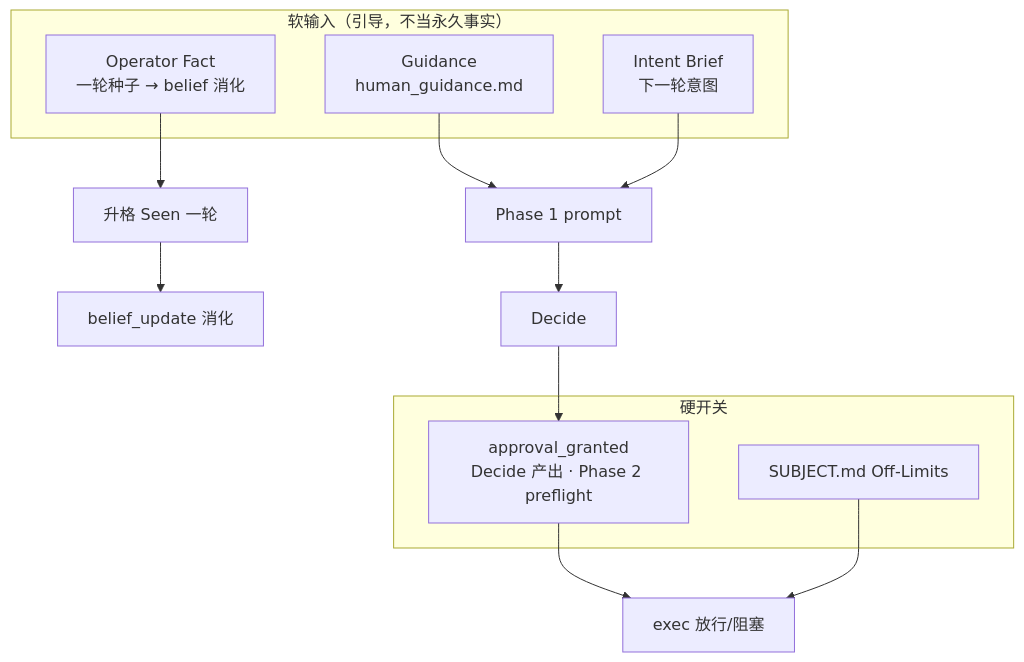
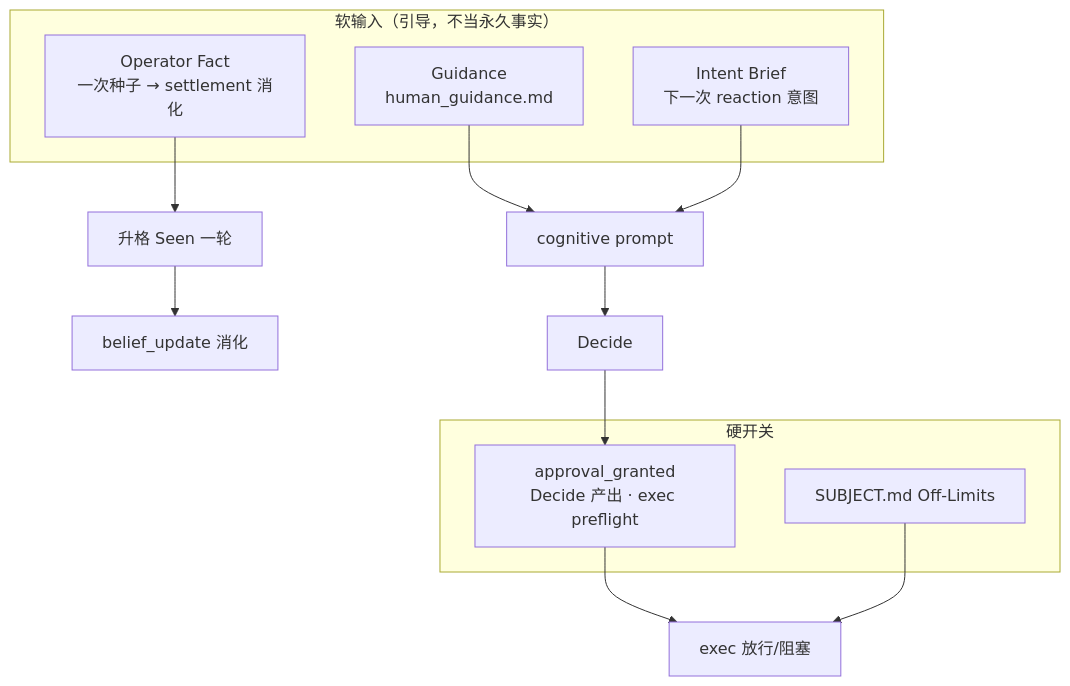
One commit to imjszhang/js-evolution-agent changed the ninth of 9 diagrams in docs/mechanism-diagram.md. Above: the diagram before and after it, drawn with Mermaid. The commit also changed other lines of this file and 237 other files, not shown here.

````diff
--- a/docs/mechanism-diagram.md
+++ b/docs/mechanism-diagram.md
@@ -214,22 +222,22 @@
 ```mermaid
 flowchart TB
   subgraph Soft["软输入（引导，不当永久事实）"]
     Guidance["Guidance<br/>human_guidance.md"]
-    Intent["Intent Brief<br/>下一轮意图"]
-    Fact["Operator Fact<br/>一轮种子 → belief 消化"]
+    Intent["Intent Brief<br/>下一次 reaction 意图"]
+    Fact["Operator Fact<br/>一次种子 → settlement 消化"]
   end
 
   subgraph Hard["硬开关"]
-    Approval["approval_granted<br/>Decide 产出 · Phase 2 preflight"]
+    Approval["approval_granted<br/>Decide 产出 · exec preflight"]
     OffLimits["SUBJECT.md Off-Limits"]
   end
 
-  Guidance --> P1["Phase 1 prompt"]
+  Guidance --> P1["cognitive prompt"]
   Intent --> P1
   Fact --> Seen["升格 Seen 一轮"]
   Seen --> Dig["belief_update 消化"]
   P1 --> Dec["Decide"]
   Dec --> Approval
   Approval --> Exec["exec 放行/阻塞"]
   OffLimits --> Exec
 ```
````
